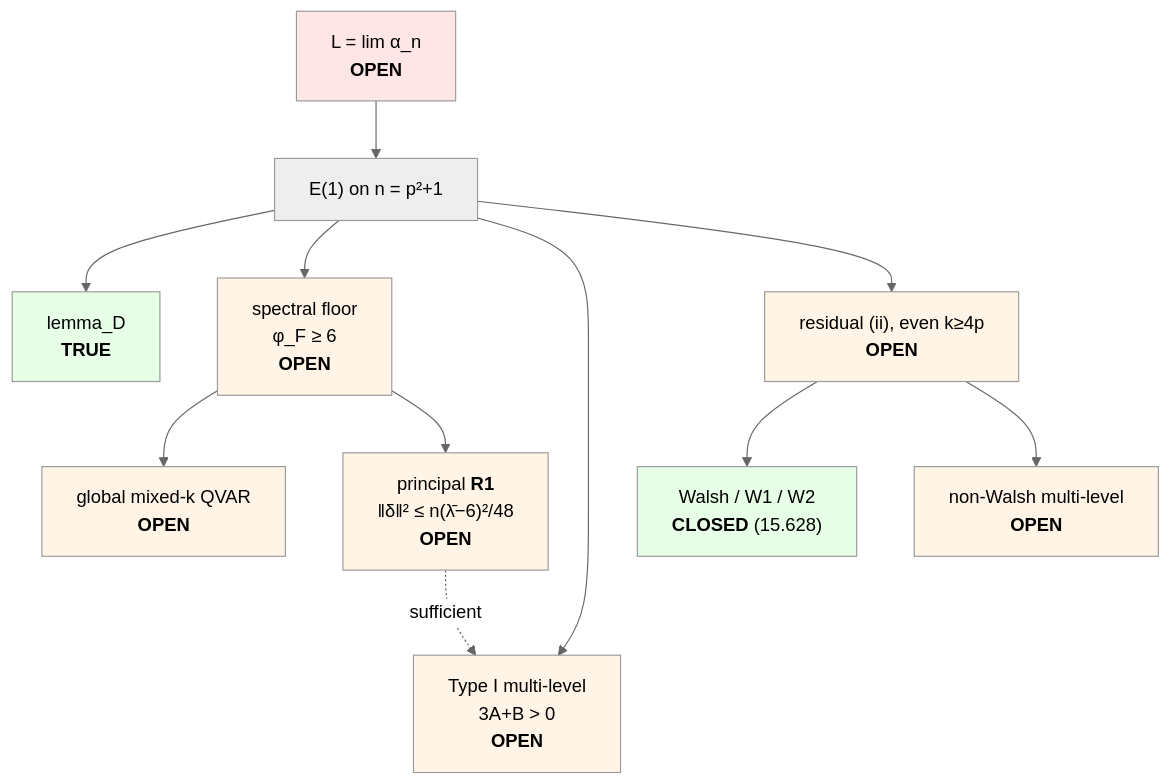
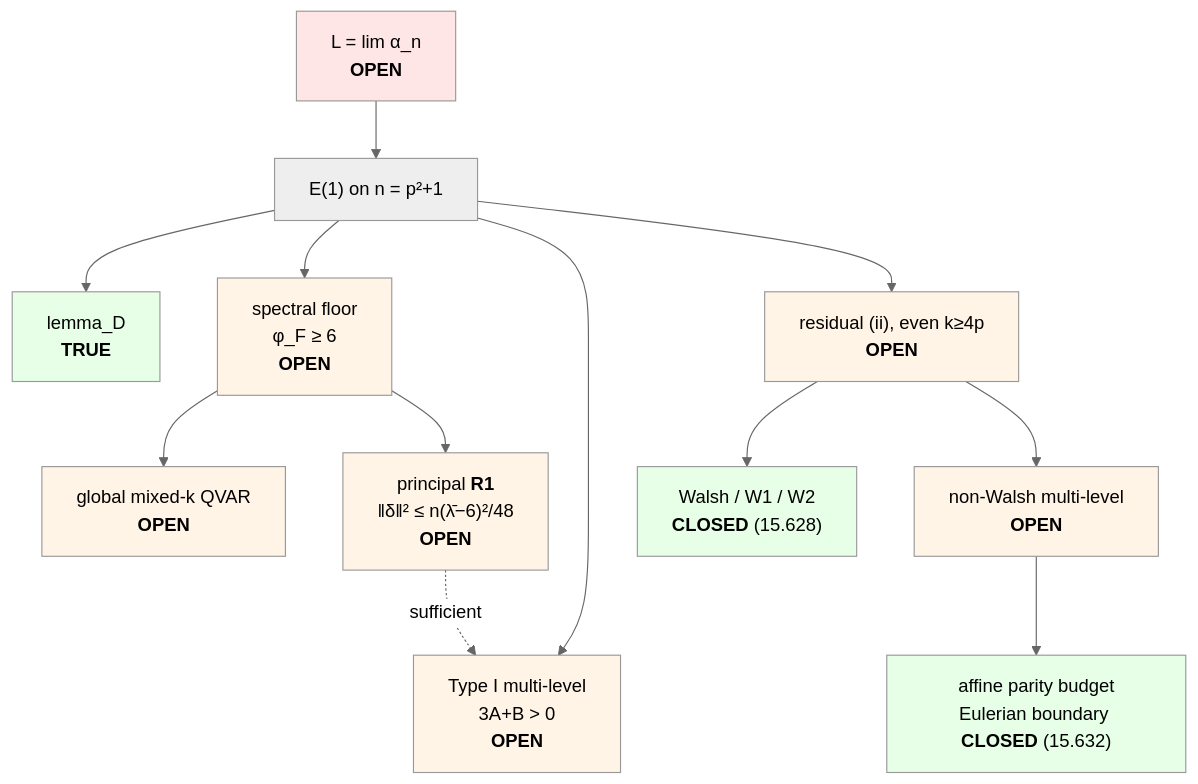
The diagram in README.md (luckyseoul/quadratic-minmax-limit), drawn with Mermaid (neutral theme) before and after one commit. The commit also changed other lines of this file and 10 other files, not shown here.

Commit message:
prove affine slack parity budget

````diff
--- a/README.md
+++ b/README.md
@@ -60,22 +62,24 @@
 ```mermaid
 graph TD
     L["L = lim α_n<br/><b>OPEN</b>"] --> E1["E(1) on n = p²+1"]
     E1 --> D["lemma_D<br/><b>TRUE</b>"]
     E1 --> FLOOR["spectral floor<br/>φ_F ≥ 6<br/><b>OPEN</b>"]
     FLOOR --> QVAR["global mixed-k QVAR<br/><b>OPEN</b>"]
     FLOOR --> R1["principal <b>R1</b><br/>‖δ‖² ≤ n(λ̄−6)²/48<br/><b>OPEN</b>"]
     E1 --> TYPEI["Type I multi-level<br/>3A+B > 0<br/><b>OPEN</b>"]
     R1 -. sufficient .-> TYPEI
     E1 --> RES["residual (ii), even k≥4p<br/><b>OPEN</b>"]
     RES --> WALSH["Walsh / W1 / W2<br/><b>CLOSED</b> (15.628)"]
     RES --> MULTI["non-Walsh multi-level<br/><b>OPEN</b>"]
+    MULTI --> BUDGET["affine parity budget<br/>Eulerian boundary <b>CLOSED</b> (15.632)"]
     style L fill:#ffe6e6
     style D fill:#e6ffe6
     style FLOOR fill:#fff4e6
     style QVAR fill:#fff4e6
     style R1 fill:#fff4e6
     style TYPEI fill:#fff4e6
     style RES fill:#fff4e6
     style WALSH fill:#e6ffe6
     style MULTI fill:#fff4e6
+    style BUDGET fill:#e6ffe6
 ```
````
